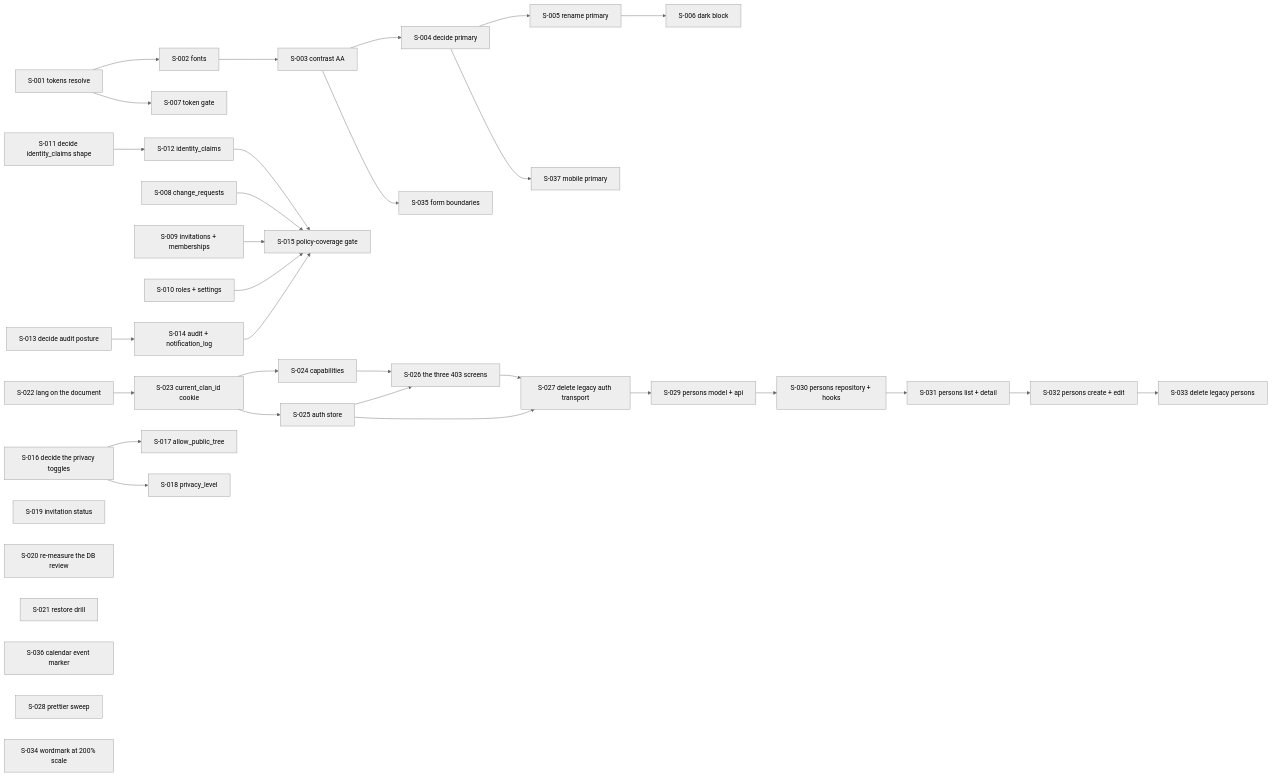
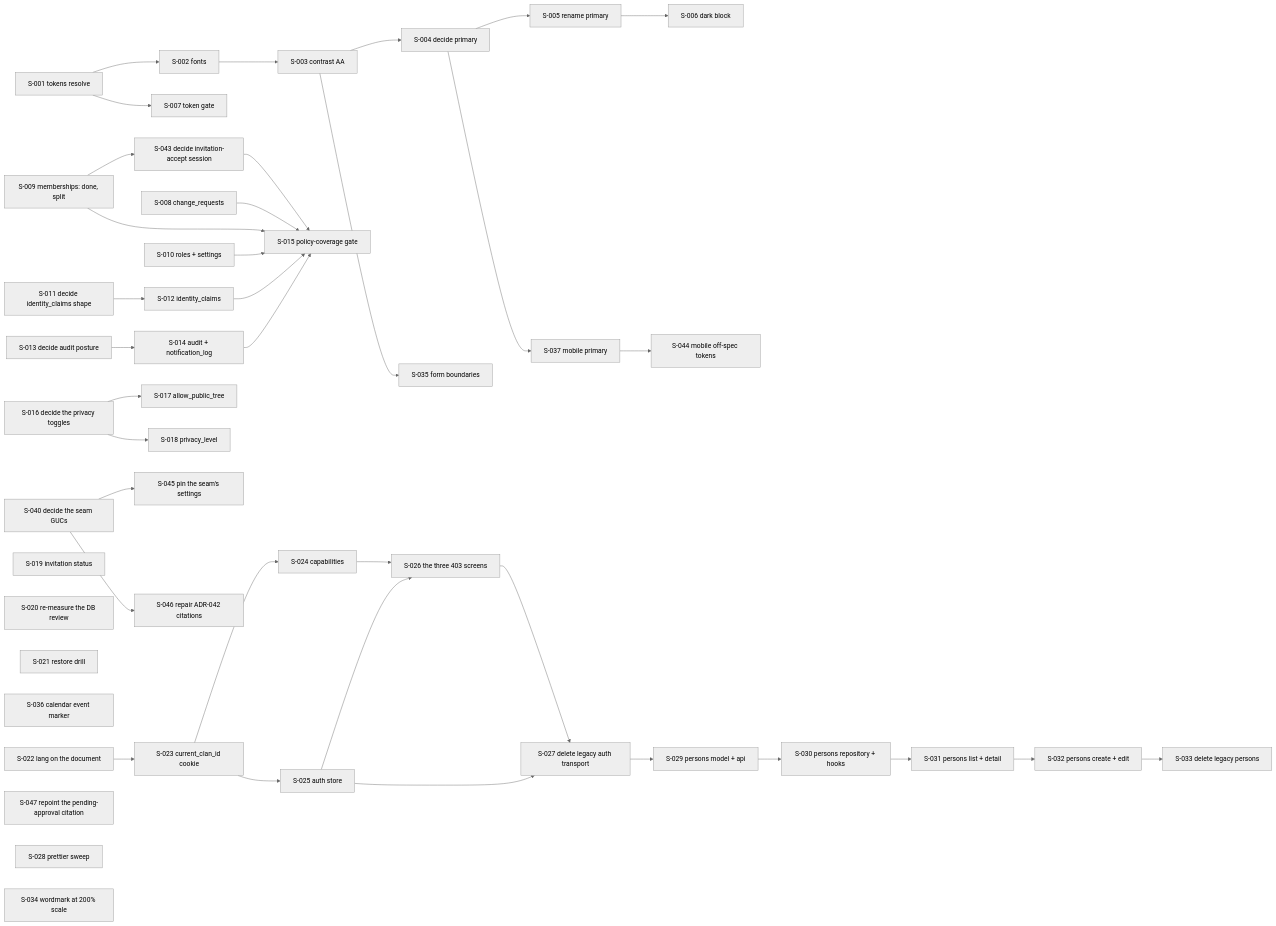
One commit to namphuongtran/familyroots changed the diagram in docs/SEEDS.md. Above: the diagram before and after it, drawn with Mermaid (neutral theme). The commit also changed other lines of this file, not shown here.

````diff
--- a/docs/SEEDS.md
+++ b/docs/SEEDS.md
@@ -233,41 +269,46 @@
 ```mermaid
 graph LR
   S001[S-001 tokens resolve] --> S002[S-002 fonts]
   S022[S-022 lang on the document] --> S023[S-023 current_clan_id cookie]
   S001 --> S007[S-007 token gate]
   S002 --> S003[S-003 contrast AA]
   S003 --> S004[S-004 decide primary]
   S004 --> S005[S-005 rename primary]
   S004 --> S037[S-037 mobile primary]
   S005 --> S006[S-006 dark block]
   S008[S-008 change_requests]
-  S009[S-009 invitations + memberships]
+  S009[S-009 memberships: done, split] --> S043[S-043 decide invitation-accept session]
   S010[S-010 roles + settings]
   S011[S-011 decide identity_claims shape] --> S012[S-012 identity_claims]
   S013[S-013 decide audit posture] --> S014[S-014 audit + notification_log]
   S008 --> S015[S-015 policy-coverage gate]
   S009 --> S015
+  S043 --> S015
   S010 --> S015
   S012 --> S015
   S014 --> S015
   S016[S-016 decide the privacy toggles] --> S017[S-017 allow_public_tree]
   S016 --> S018[S-018 privacy_level]
   S019[S-019 invitation status]
   S020[S-020 re-measure the DB review]
   S021[S-021 restore drill]
   S023 --> S024[S-024 capabilities]
   S023 --> S025[S-025 auth store]
   S024 --> S026[S-026 the three 403 screens]
   S025 --> S026
   S025 --> S027[S-027 delete legacy auth transport]
   S026 --> S027
   S003 --> S035[S-035 form boundaries]
   S036[S-036 calendar event marker]
+  S037 --> S044[S-044 mobile off-spec tokens]
+  S040[S-040 decide the seam GUCs] --> S045[S-045 pin the seam's settings]
+  S040 --> S046[S-046 repair ADR-042 citations]
+  S047[S-047 repoint the pending-approval citation]
   S028[S-028 prettier sweep]
   S034[S-034 wordmark at 200% scale]
   S027 --> S029[S-029 persons model + api]
   S029 --> S030[S-030 persons repository + hooks]
   S030 --> S031[S-031 persons list + detail]
   S031 --> S032[S-032 persons create + edit]
   S032 --> S033[S-033 delete legacy persons]
 ```
````
